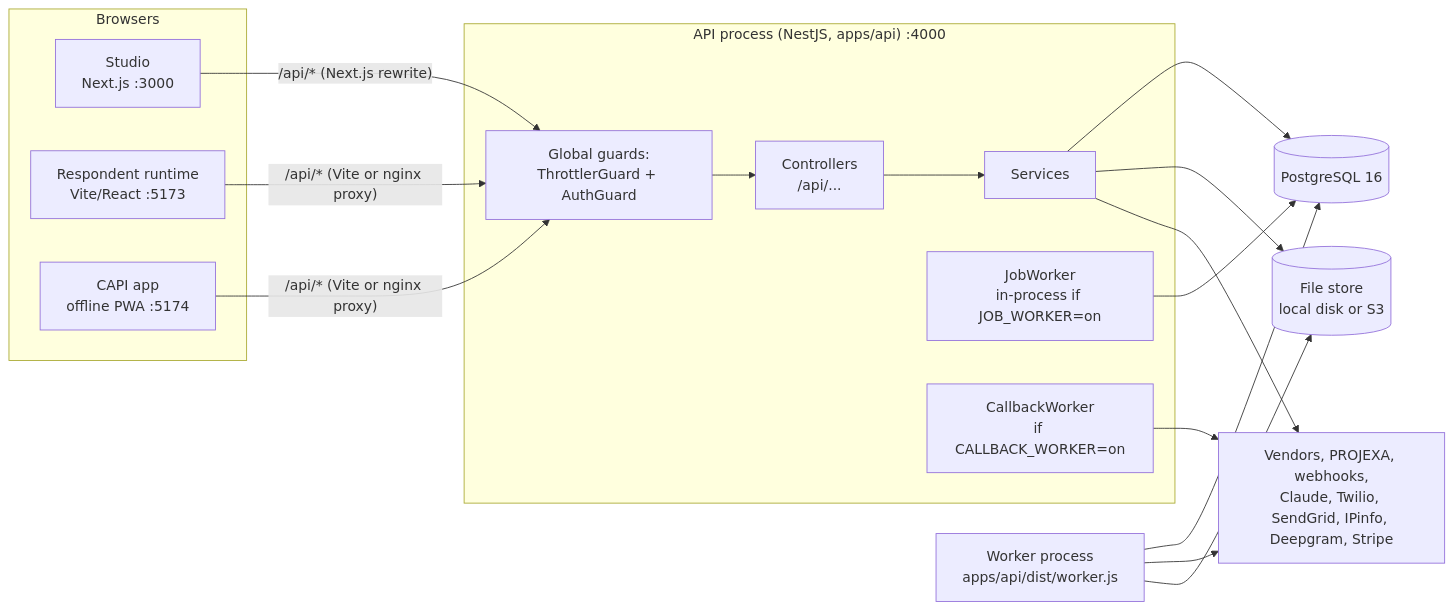
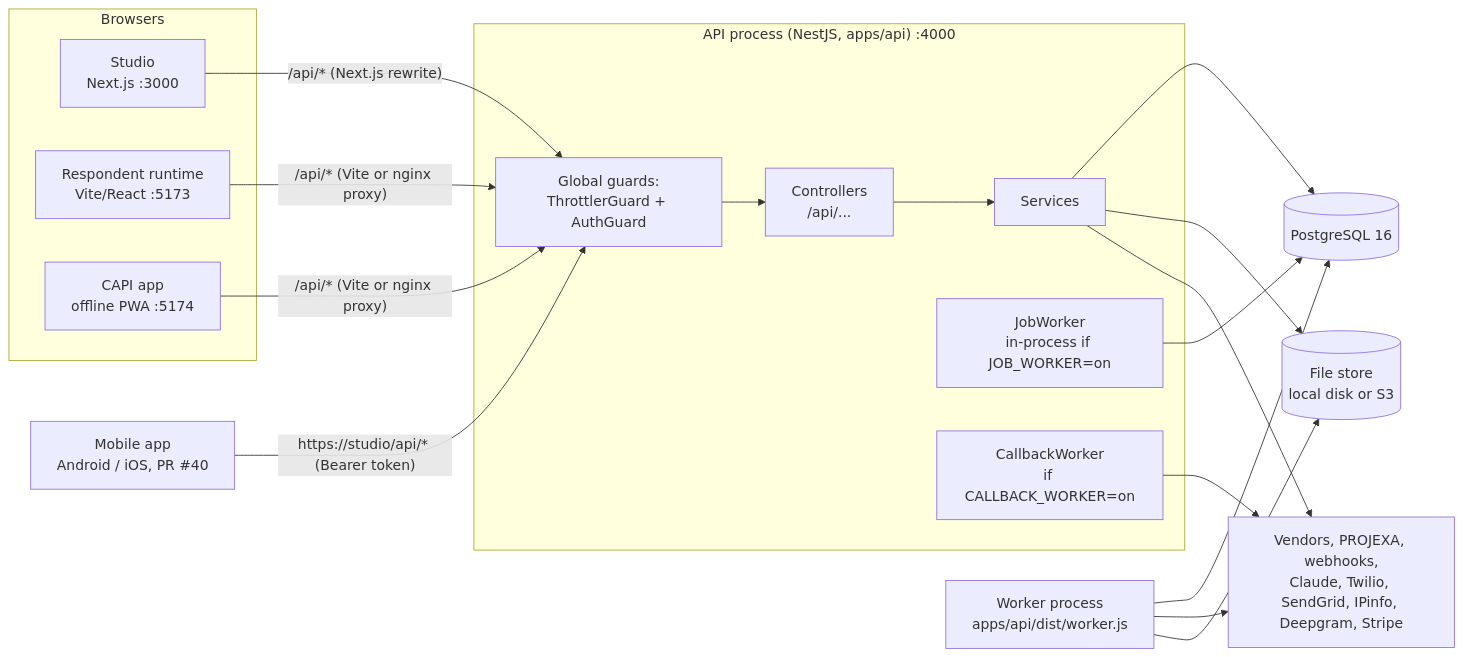
One commit to kunalsharma-ai/Sampledge-ZAPX changed the first of 6 diagrams in docs/handbook/ARCHITECTURE.md. Above: the diagram before and after it, drawn with Mermaid. The commit also changed other lines of this file and 10 other files, not shown here.

First line of the commit message:
Handbook refresh for PRs #37-#41: eye tracking, integrations in the CRM, neon, super admin, mobile app

````diff
--- a/docs/handbook/ARCHITECTURE.md
+++ b/docs/handbook/ARCHITECTURE.md
@@ -76,31 +87,33 @@
 ```mermaid
 flowchart LR
   subgraph Browsers
     S[Studio<br/>Next.js :3000]
     R[Respondent runtime<br/>Vite/React :5173]
     C[CAPI app<br/>offline PWA :5174]
   end
+  M[Mobile app<br/>Android / iOS, PR #40]
   subgraph API["API process (NestJS, apps/api) :4000"]
     G[Global guards:<br/>ThrottlerGuard + AuthGuard]
     CT[Controllers<br/>/api/...]
     SV[Services]
     W1[JobWorker<br/>in-process if JOB_WORKER=on]
     W2[CallbackWorker<br/>if CALLBACK_WORKER=on]
   end
   WK[Worker process<br/>apps/api/dist/worker.js]
   DB[(PostgreSQL 16)]
   FS[(File store<br/>local disk or S3)]
   EXT[Vendors, PROJEXA, webhooks,<br/>Claude, Twilio, SendGrid, IPinfo, Deepgram, Stripe]
 
   S -- "/api/* (Next.js rewrite)" --> G
   R -- "/api/* (Vite or nginx proxy)" --> G
   C -- "/api/* (Vite or nginx proxy)" --> G
+  M -- "https://studio/api/* (Bearer token)" --> G
   G --> CT --> SV --> DB
   SV --> FS
   SV --> EXT
   W1 --> DB
   W2 --> EXT
   WK --> DB
   WK --> EXT
   WK --> FS
 ```
````
